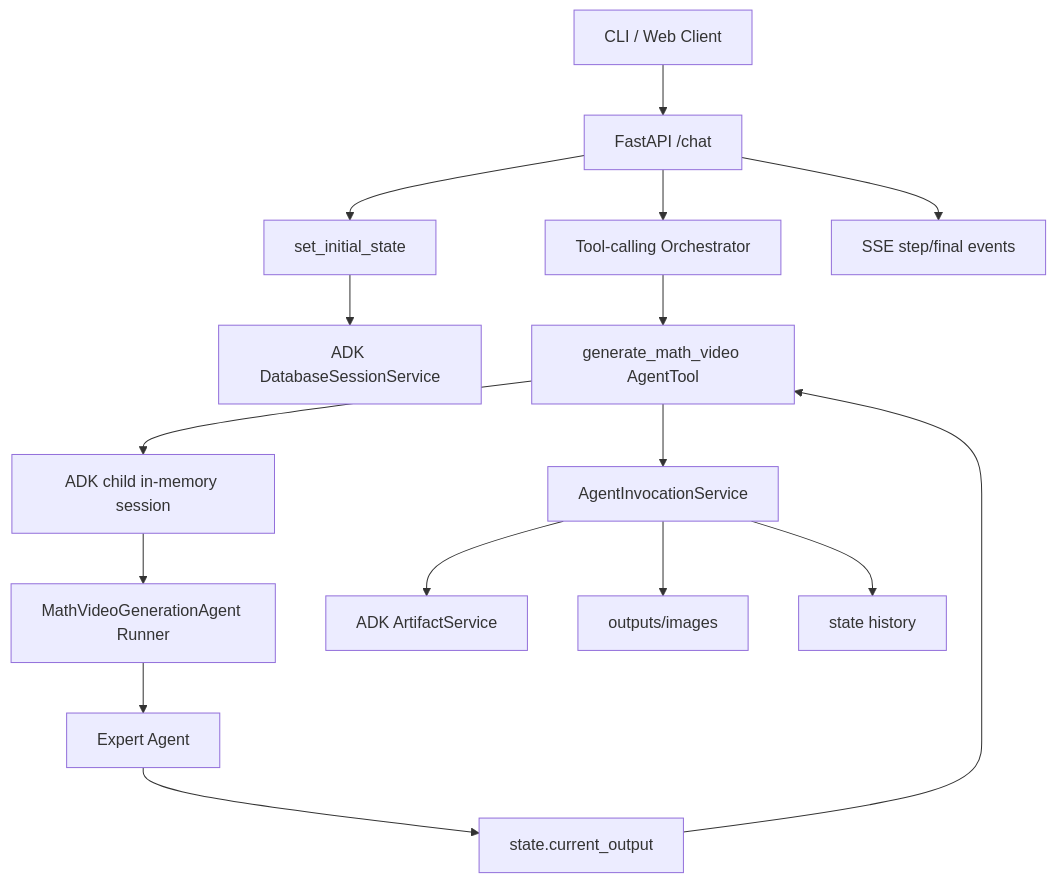
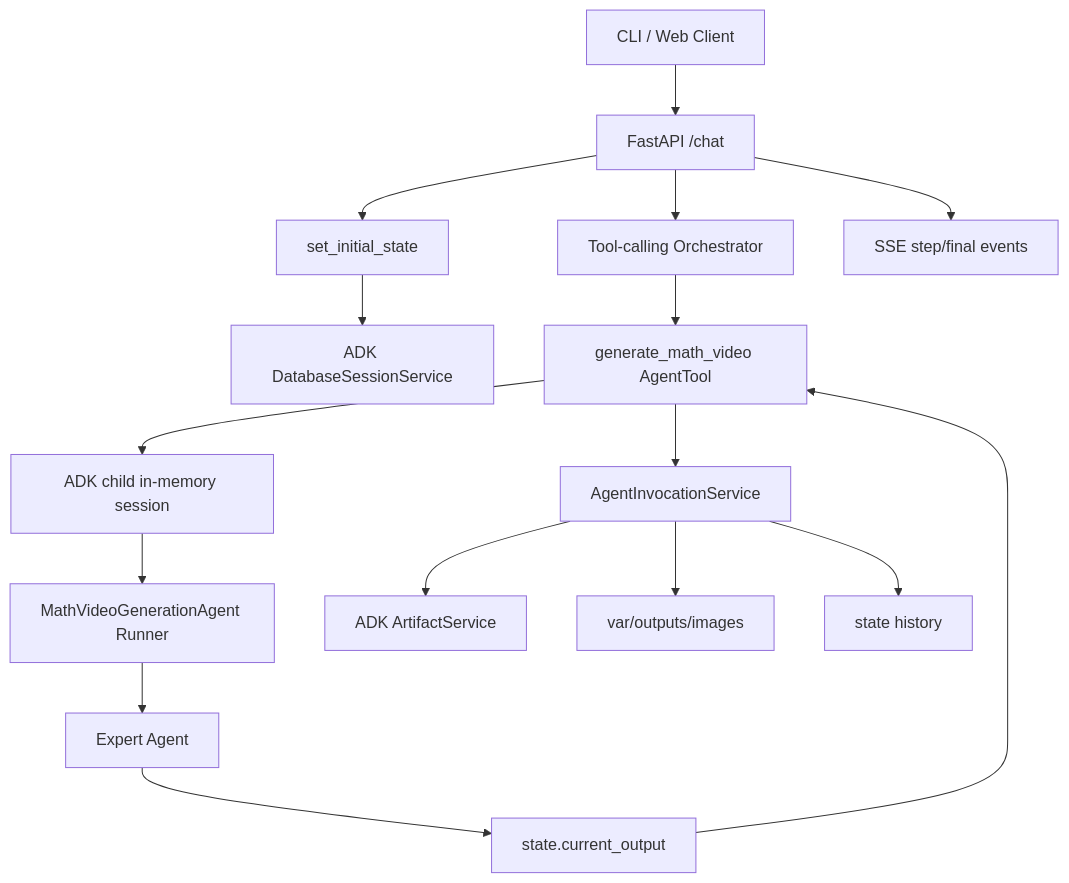
The diagram in docs/system_architecture_review.md (cswhjiang/ai_tutor_v2), drawn with Mermaid before and after one commit. The commit also changed other lines of this file and 775 other files, not shown here.

````diff
--- a/docs/system_architecture_review.md
+++ b/docs/system_architecture_review.md
@@ -20,18 +20,18 @@
 ```mermaid
 flowchart TD
     CLI["CLI / Web Client"] --> API["FastAPI /chat"]
     API --> StateInit["set_initial_state"]
     StateInit --> SessionDB["ADK DatabaseSessionService"]
     API --> Orchestrator["Tool-calling Orchestrator"]
     Orchestrator --> Tool["generate_math_video AgentTool"]
     Tool --> ChildSession["ADK child in-memory session"]
     ChildSession --> ExpertRunner["MathVideoGenerationAgent Runner"]
     ExpertRunner --> Expert["Expert Agent"]
     Expert --> CurrentOutput["state.current_output"]
     CurrentOutput --> Tool
     Tool --> Runtime["AgentInvocationService"]
     Runtime --> ArtifactService["ADK ArtifactService"]
-    Runtime --> Outputs["outputs/images"]
+    Runtime --> Outputs["var/outputs/images"]
     Runtime --> History["state history"]
     API --> SSE["SSE step/final events"]
 ```
````
